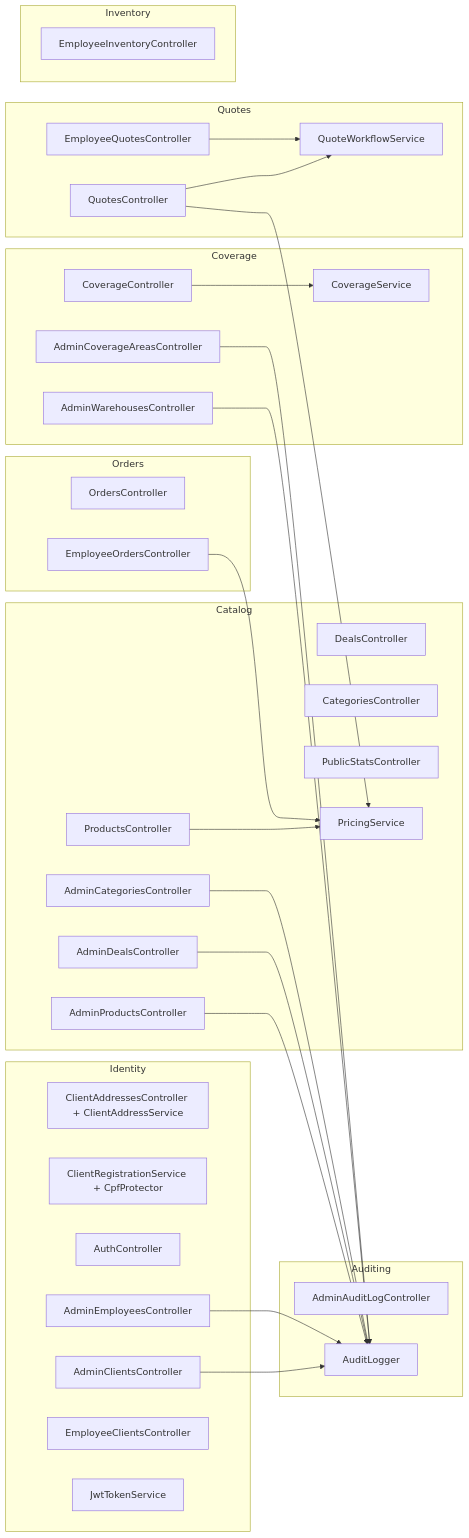
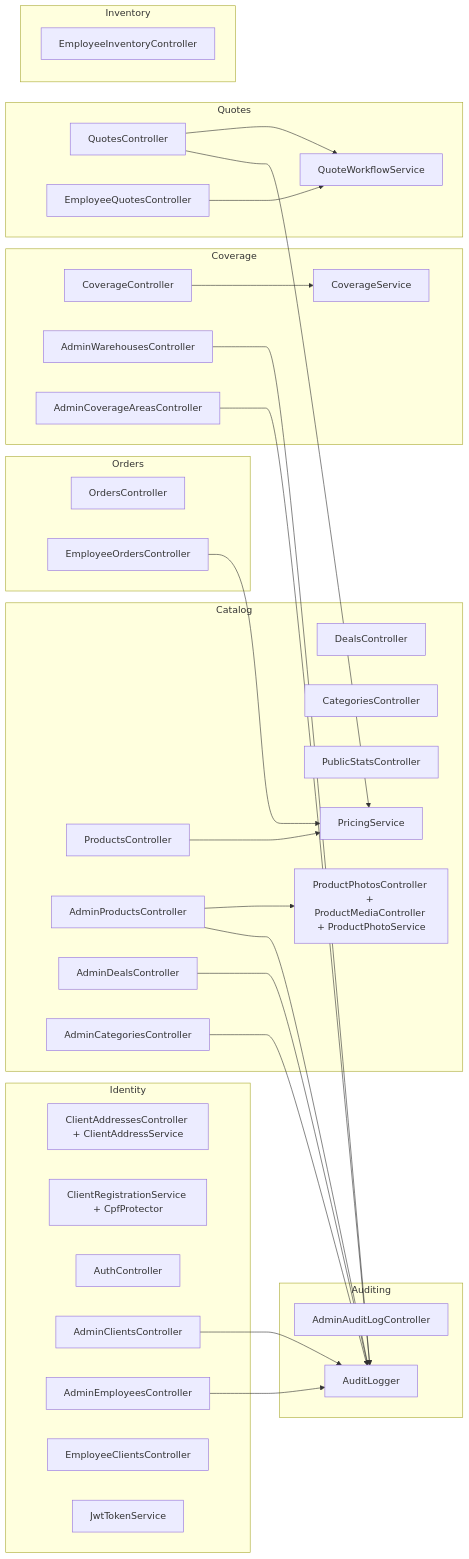
Before and after one commit to GucciVanin/MarviWebsite: the third of 12 diagrams in architecture.md, drawn with Mermaid. The commit also changed other lines of this file and 98 other files, not shown here.

First line of the commit message:
MRV-9.7: product photo

````diff
--- a/architecture.md
+++ b/architecture.md
@@ -104,49 +104,51 @@
 ```mermaid
 flowchart LR
     subgraph Identity
         I6[ClientAddressesController + ClientAddressService]
         I7[ClientRegistrationService + CpfProtector]
         I1[AuthController]
         I2[AdminClientsController]
         I3[AdminEmployeesController]
         I4[EmployeeClientsController]
         I5[JwtTokenService]
     end
     subgraph Catalog
         C1[ProductsController]
         C2[DealsController]
         C3[AdminProductsController]
         C4[AdminDealsController]
         C6[CategoriesController]
         C7[AdminCategoriesController]
         C8[PublicStatsController]
         C5[PricingService]
+        C9[ProductPhotosController + ProductMediaController + ProductPhotoService]
     end
     subgraph Coverage
         V1[CoverageController]
         V2[AdminWarehousesController]
         V3[AdminCoverageAreasController]
         V4[CoverageService]
     end
     subgraph Quotes
         Q1[QuotesController]
         Q2[EmployeeQuotesController]
         Q3[QuoteWorkflowService]
     end
     subgraph Orders
         O1[OrdersController]
         O2[EmployeeOrdersController]
     end
     subgraph Inventory
         N1[EmployeeInventoryController]
     end
     subgraph Auditing
         A1[AdminAuditLogController]
         A2[AuditLogger]
     end
 
     C1 & O2 & Q1 --> C5
     Q1 & Q2 --> Q3
     V1 --> V4
     I2 & I3 & C3 & C4 & C7 & V2 & V3 --> A2
+    C3 --> C9
 ```
````
